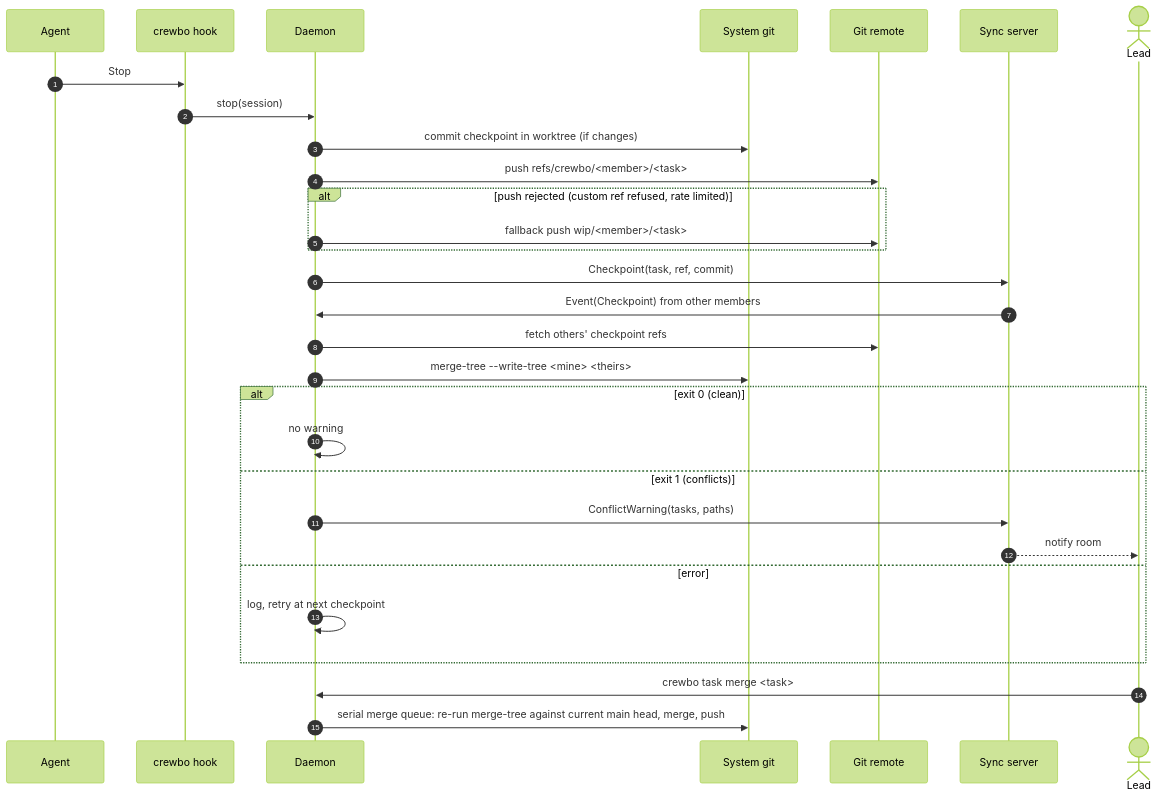
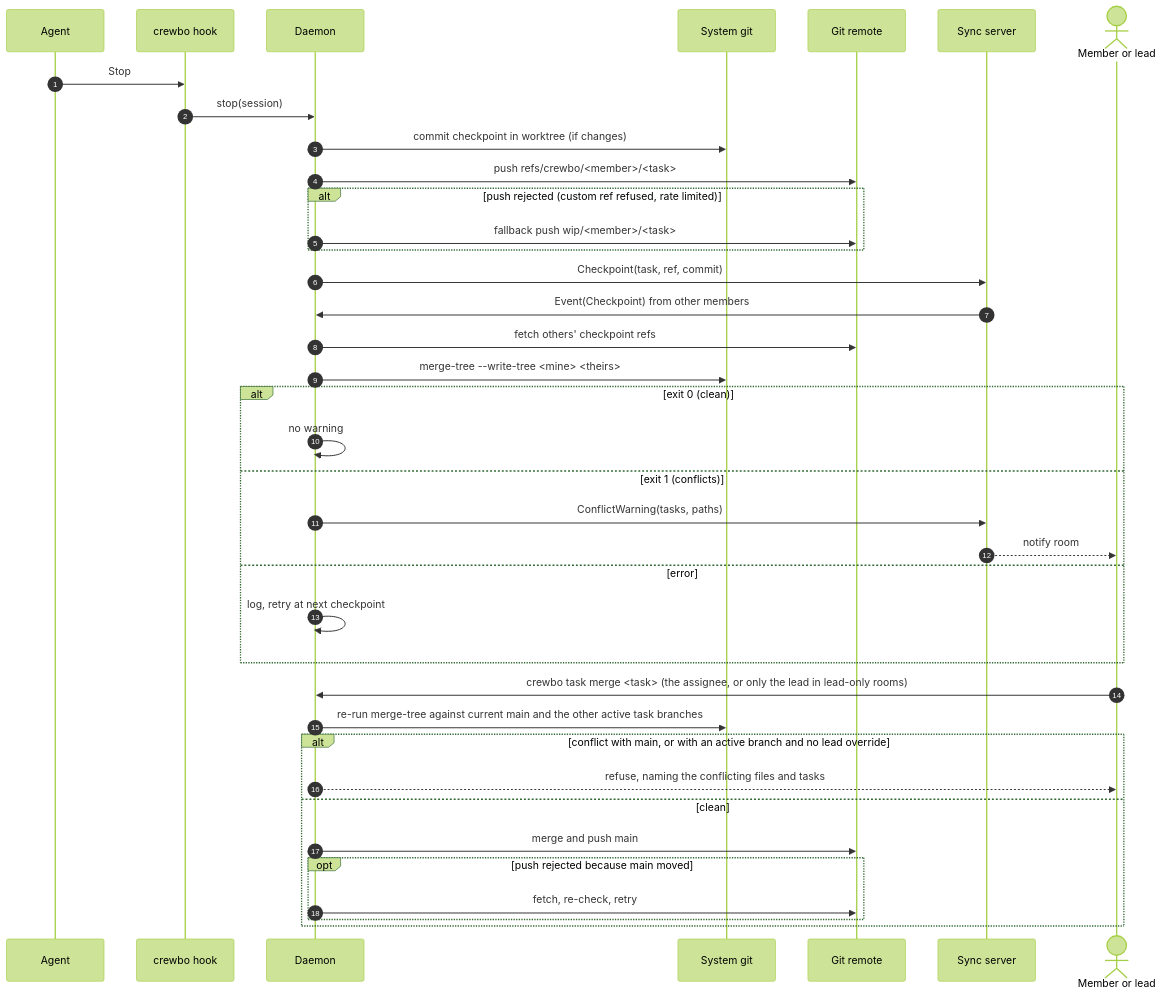
The fifth of 5 diagrams in docs/architecture/flows.md (crewbo/crewbo), drawn with Mermaid (forest theme) before and after one commit. The commit also changed other lines of this file and 6 other files, not shown here.

````diff
--- a/docs/architecture/flows.md
+++ b/docs/architecture/flows.md
@@ -181,33 +181,41 @@
 ```mermaid
 sequenceDiagram
   autonumber
   participant A as Agent
   participant H as crewbo hook
   participant D as Daemon
   participant G as System git
   participant R as Git remote
   participant S as Sync server
-  actor L as Lead
+  actor L as Member or lead
 
   A->>H: Stop
   H->>D: stop(session)
   D->>G: commit checkpoint in worktree (if changes)
   D->>R: push refs/crewbo/<member>/<task>
   alt push rejected (custom ref refused, rate limited)
     D->>R: fallback push wip/<member>/<task>
   end
   D->>S: Checkpoint(task, ref, commit)
   S->>D: Event(Checkpoint) from other members
   D->>R: fetch others' checkpoint refs
   D->>G: merge-tree --write-tree <mine> <theirs>
   alt exit 0 (clean)
     D->>D: no warning
   else exit 1 (conflicts)
     D->>S: ConflictWarning(tasks, paths)
     S-->>L: notify room
   else error
     D->>D: log, retry at next checkpoint
   end
-  L->>D: crewbo task merge <task>
-  D->>G: serial merge queue: re-run merge-tree against current main head, merge, push
+  L->>D: crewbo task merge <task> (the assignee, or only the lead in lead-only rooms)
+  D->>G: re-run merge-tree against current main and the other active task branches
+  alt conflict with main, or with an active branch and no lead override
+    D-->>L: refuse, naming the conflicting files and tasks
+  else clean
+    D->>R: merge and push main
+    opt push rejected because main moved
+      D->>R: fetch, re-check, retry
+    end
+  end
 ```
````
